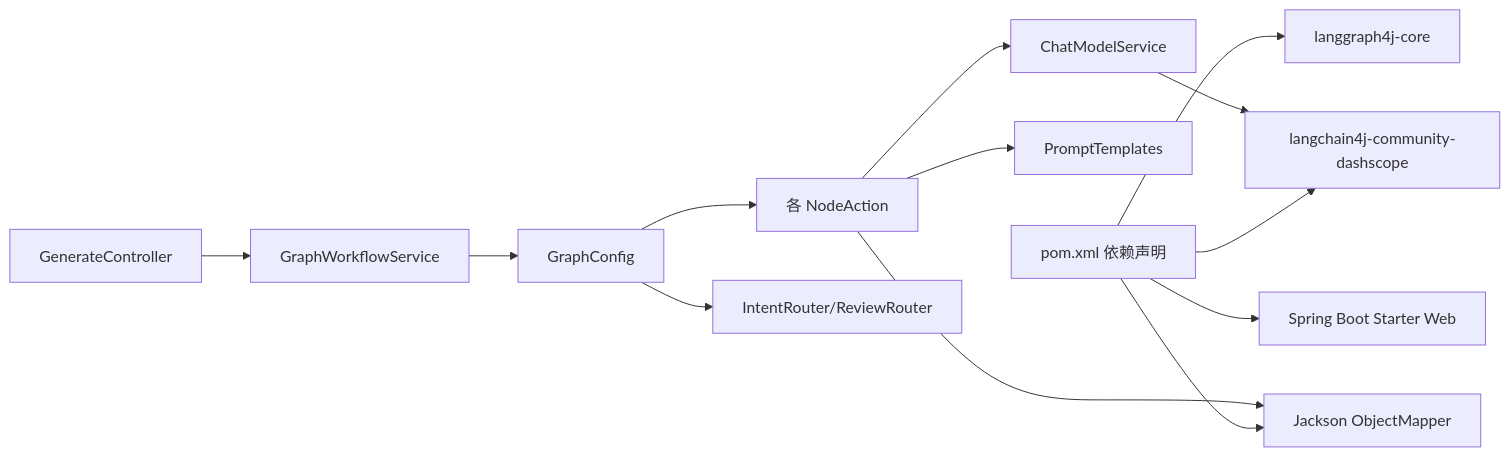
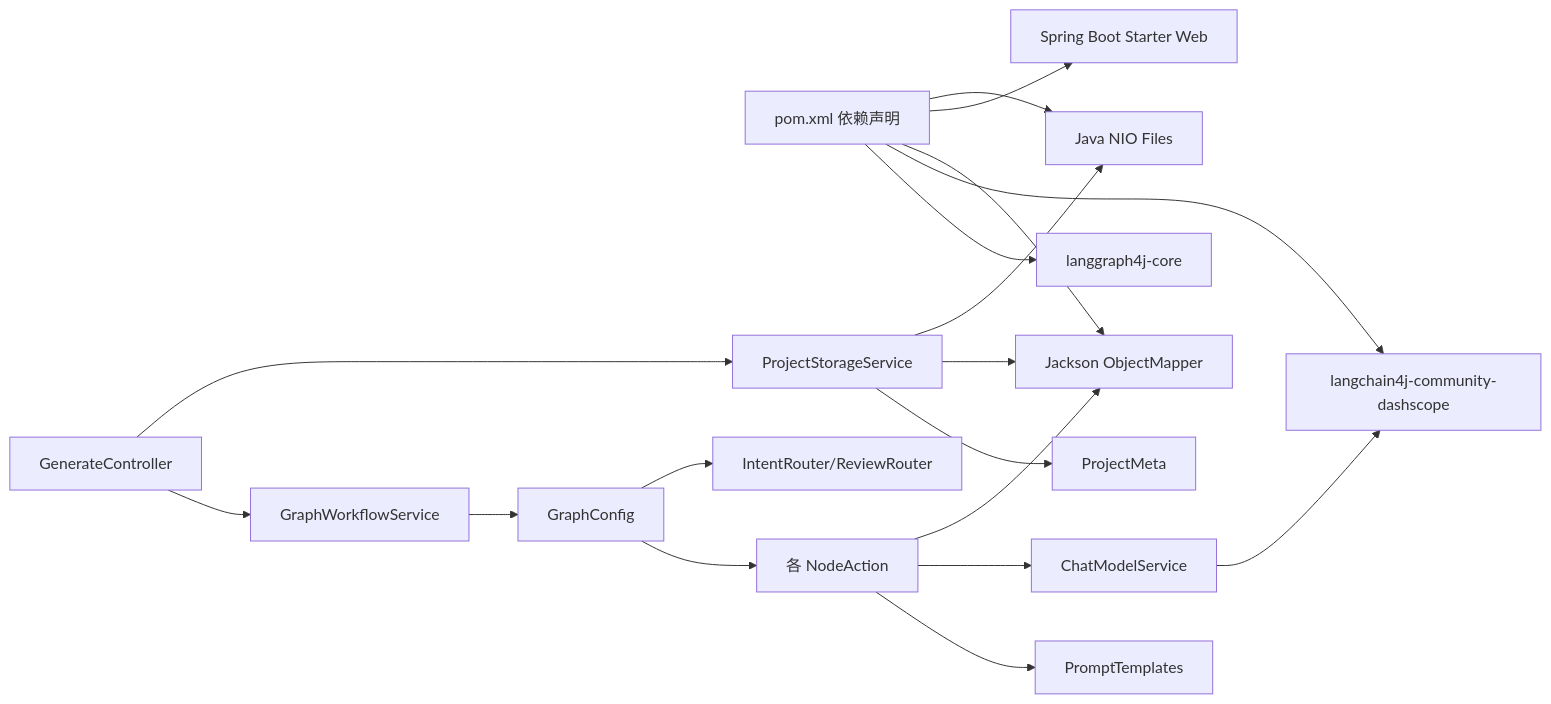
The seventh of 7 diagrams in .qoder/repowiki/zh/content/AI工作流系统/工作流引擎核心/项目状态管理.md (CyanYuKi/WebSiteFrontendCodeMother), drawn with Mermaid before and after one commit. The commit also changed other lines of this file and 5 other files, not shown here.

````diff
--- a/.qoder/repowiki/zh/content/AI工作流系统/工作流引擎核心/项目状态管理.md
+++ b/.qoder/repowiki/zh/content/AI工作流系统/工作流引擎核心/项目状态管理.md
@@ -365,15 +436,20 @@
 ```mermaid
 graph LR
 POM["pom.xml 依赖声明"] --> LG4J["langgraph4j-core"]
 POM --> LC4J["langchain4j-community-dashscope"]
 POM --> JACKSON["Jackson ObjectMapper"]
 POM --> SPRING["Spring Boot Starter Web"]
+POM --> NIO["Java NIO Files"]
 Ctrl["GenerateController"] --> Svc["GraphWorkflowService"]
+Ctrl --> Storage["ProjectStorageService"]
 Svc --> Conf["GraphConfig"]
 Conf --> Nodes["各 NodeAction"]
 Conf --> Edges["IntentRouter/ReviewRouter"]
+Storage --> Meta["ProjectMeta"]
 Nodes --> PT["PromptTemplates"]
 Nodes --> CMS["ChatModelService"]
 CMS --> LC4J
 Nodes --> JACKSON
+Storage --> JACKSON
+Storage --> NIO
 ```
````
